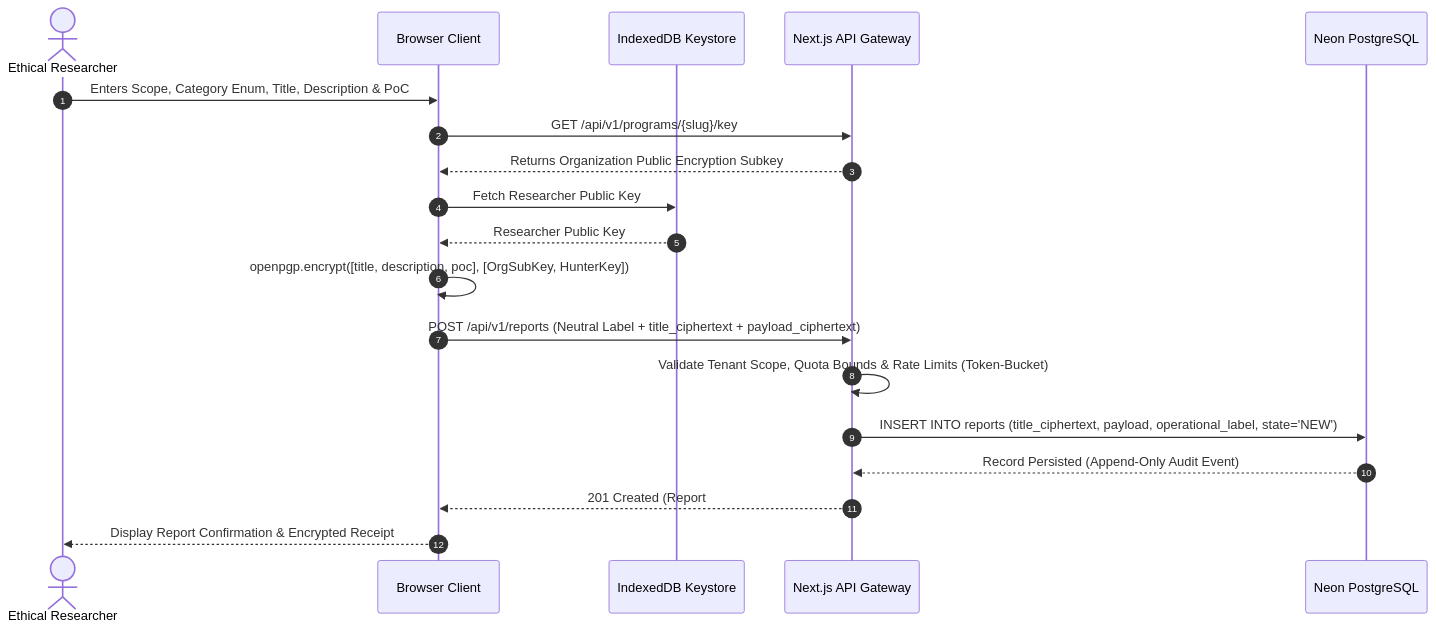
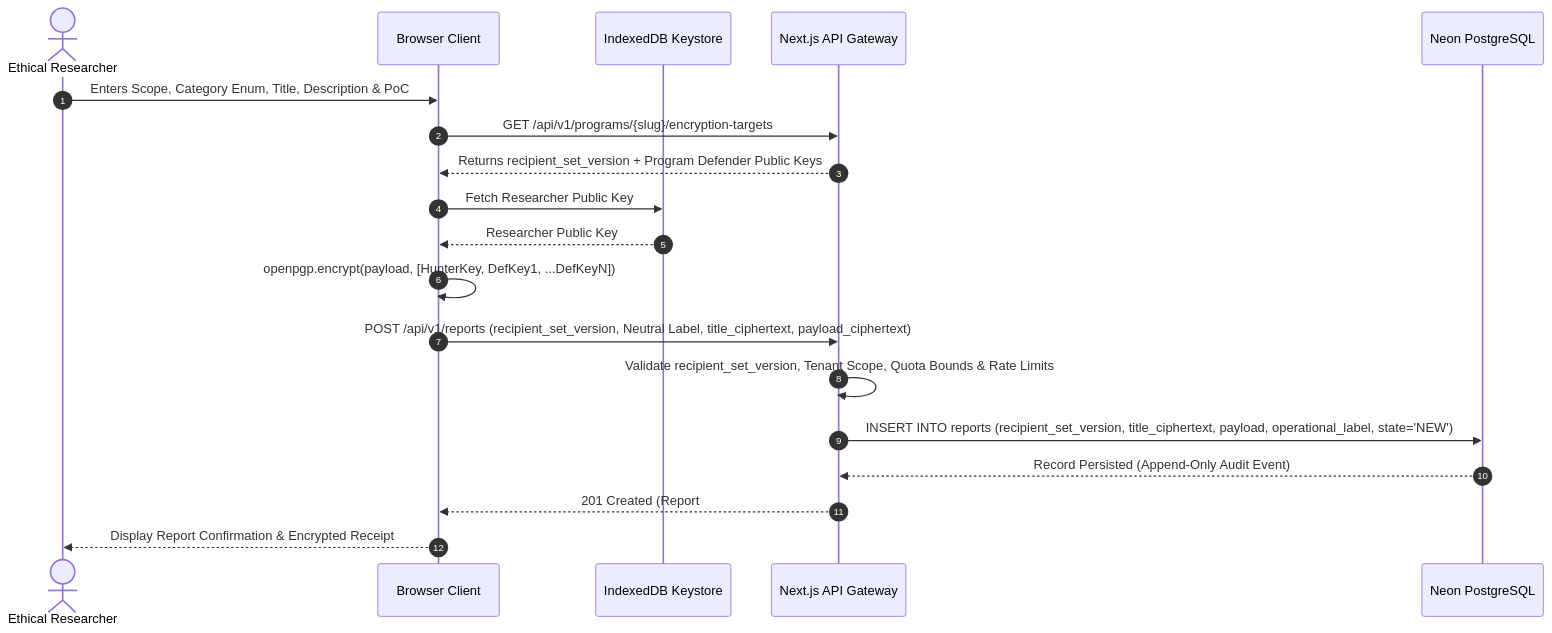
One commit to Taha-Asad/BugBountyTracker changed the third of 6 diagrams in requirements/SRS.md. Above: the diagram before and after it, drawn with Mermaid. The commit also changed other lines of this file and 18 other files, not shown here.

````diff
--- a/requirements/SRS.md
+++ b/requirements/SRS.md
@@ -404,22 +405,23 @@
 ```mermaid
 sequenceDiagram
     autonumber
     actor Hunter as Ethical Researcher
     participant Browser as Browser Client
     participant KeyStore as IndexedDB Keystore
     participant Server as Next.js API Gateway
     participant DB as Neon PostgreSQL
 
     Hunter->>Browser: Enters Scope, Category Enum, Title, Description & PoC
-    Browser->>Server: GET /api/v1/programs/{slug}/key
-    Server-->>Browser: Returns Organization Public Encryption Subkey
+    Browser->>Server: GET /api/v1/programs/{slug}/encryption-targets
+    Server-->>Browser: Returns recipient_set_version + Program Defender Public Keys
     Browser->>KeyStore: Fetch Researcher Public Key
     KeyStore-->>Browser: Researcher Public Key
-    Browser->>Browser: openpgp.encrypt([title, description, poc], [OrgSubKey, HunterKey])
-    Browser->>Server: POST /api/v1/reports (Neutral Label + title_ciphertext + payload_ciphertext)
-    Server->>Server: Validate Tenant Scope, Quota Bounds & Rate Limits (Token-Bucket)
-    Server->>DB: INSERT INTO reports (title_ciphertext, payload, operational_label, state='NEW')
+    Browser->>Browser: openpgp.encrypt(payload, [HunterKey, DefKey1, ...DefKeyN])
+    Browser->>Server: POST /api/v1/reports (recipient_set_version, Neutral Label, title_ciphertext, payload_ciphertext)
+    Server->>Server: Validate recipient_set_version, Tenant Scope, Quota Bounds & Rate Limits
+    Server->>DB: INSERT INTO reports (recipient_set_version, title_ciphertext, payload, operational_label, state='NEW')
     DB-->>Server: Record Persisted (Append-Only Audit Event)
     Server-->>Browser: 201 Created (Report #BBT-102)
     Browser-->>Hunter: Display Report Confirmation & Encrypted Receipt
+
 ```
````
